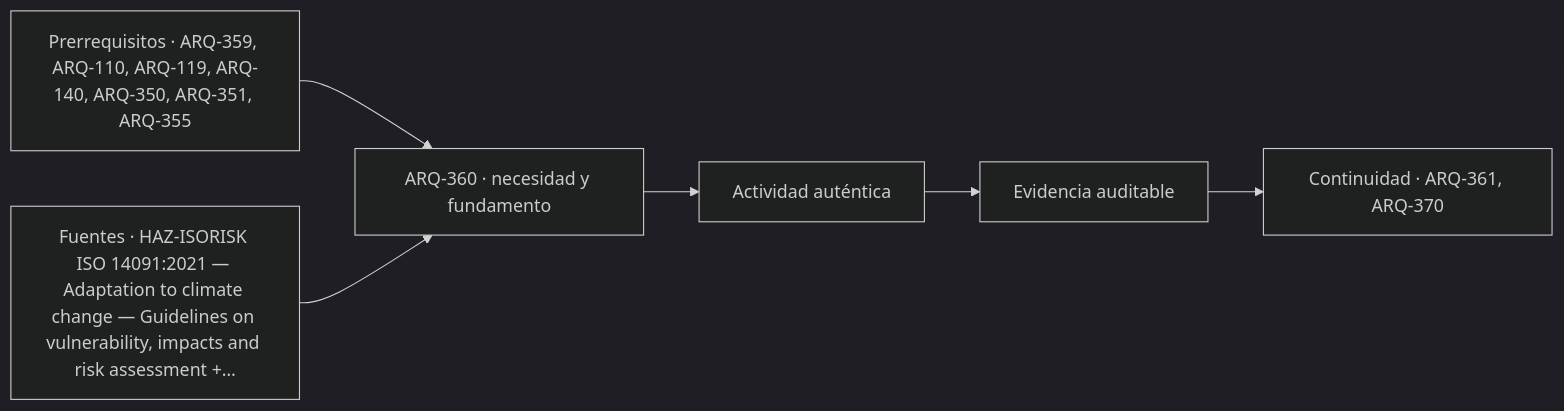
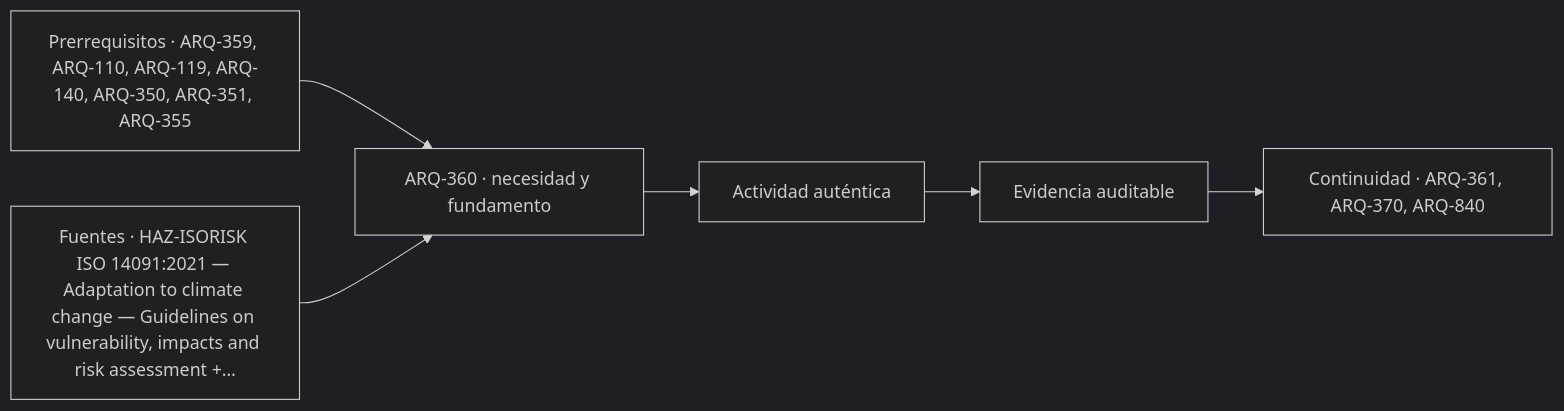
Before and after one commit to vladimiracunadev-create/architecture-built-environment-learning-program: the diagram in classes/parte-36/ARQ-360.md, drawn with Mermaid (dark theme). The commit also changed other lines of this file and 182 other files, not shown here.

````diff
--- a/classes/parte-36/ARQ-360.md
+++ b/classes/parte-36/ARQ-360.md
@@ -119,8 +119,8 @@
 ```mermaid
 flowchart LR
     A["Prerrequisitos · ARQ-359, ARQ-110, ARQ-119, ARQ-140, ARQ-350, ARQ-351, ARQ-355"] --> B["ARQ-360 · necesidad y fundamento"]
     S["Fuentes · HAZ-ISORISK ISO 14091:2021 — Adaptation to climate change — Guidelines on vulnerability, impacts and risk assessment +…"] --> B
     B --> C["Actividad auténtica"]
     C --> D["Evidencia auditable"]
-    D --> E["Continuidad · ARQ-361, ARQ-370"]
+    D --> E["Continuidad · ARQ-361, ARQ-370, ARQ-840"]
 ```
````
